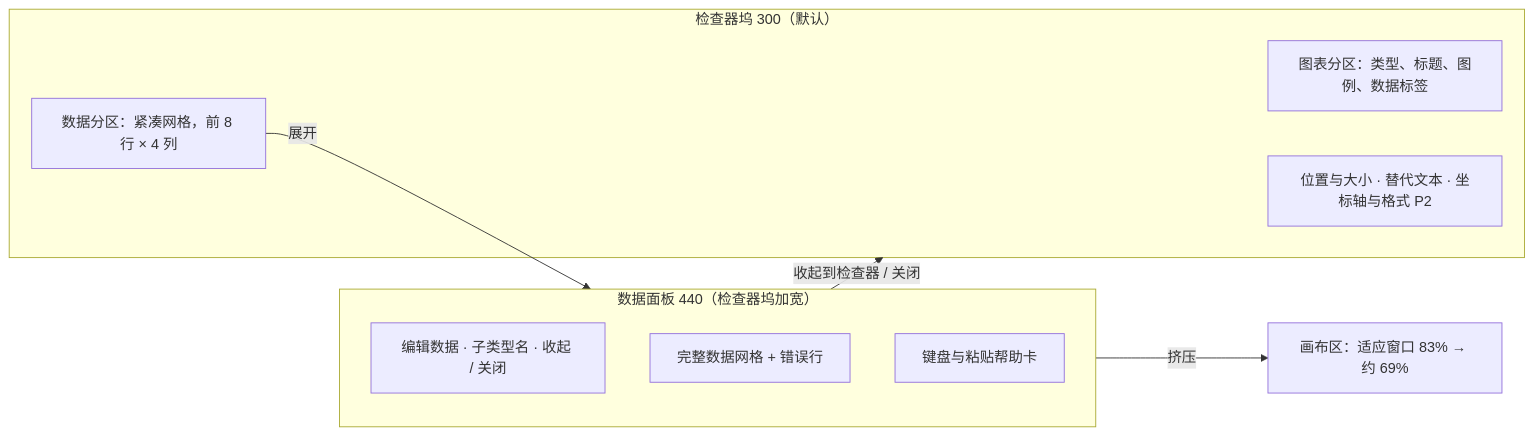
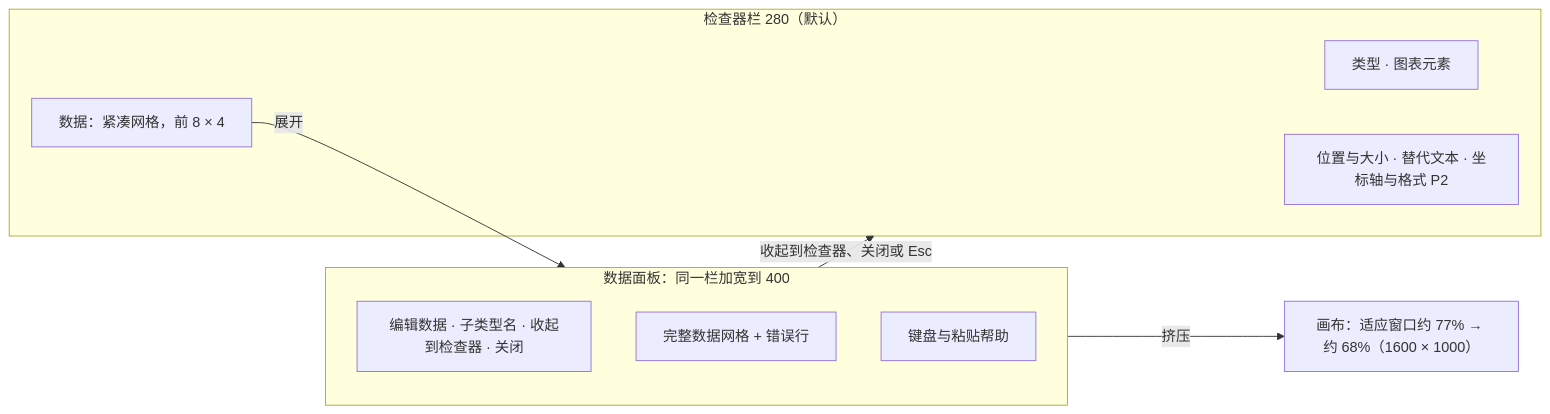
One commit to Xeonice/cordis-ppt-editor changed the second of 5 diagrams in docs/20-design/03-screens/31-chart-editing.md. Above: the diagram before and after it, drawn with Mermaid. The commit also changed other lines of this file and 44 other files, not shown here.

````diff
--- a/docs/20-design/03-screens/31-chart-editing.md
+++ b/docs/20-design/03-screens/31-chart-editing.md
@@ -206,17 +297,17 @@
 ```mermaid
 flowchart LR
-  subgraph dock["检查器坞 300（默认）"]
-    secChart["图表分区：类型、标题、图例、数据标签"]
-    secData["数据分区：紧凑网格，前 8 行 × 4 列"]
+  subgraph insp["检查器栏 280（默认）"]
+    secType["类型 · 图表元素"]
+    secData["数据：紧凑网格，前 8 × 4"]
     secRest["位置与大小 · 替代文本 · 坐标轴与格式 P2"]
   end
-  subgraph wide["数据面板 440（检查器坞加宽）"]
-    head["编辑数据 · 子类型名 · 收起 / 关闭"]
+  subgraph wide["数据面板：同一栏加宽到 400"]
+    head["编辑数据 · 子类型名 · 收起到检查器 · 关闭"]
     grid["完整数据网格 + 错误行"]
-    help["键盘与粘贴帮助卡"]
+    help["键盘与粘贴帮助"]
   end
-  canvas["画布区：适应窗口 83% → 约 69%"]
+  canvas["画布：适应窗口约 77% → 约 68%（1600 × 1000）"]
   secData -->|"展开"| wide
-  wide -->|"收起到检查器 / 关闭"| dock
+  wide -->|"收起到检查器、关闭或 Esc"| insp
   wide -->|"挤压"| canvas
 ```
````
